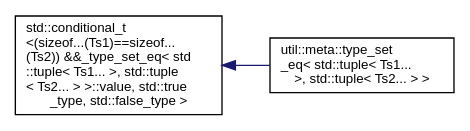
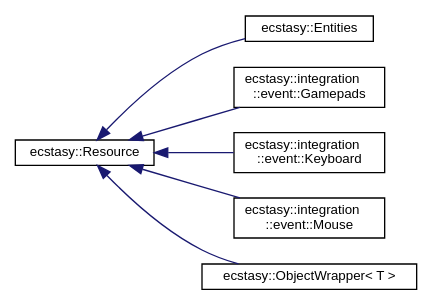
One commit to AndreasLrx/ecstasy changed the diagram in inherit_graph_44.dot. Above: the diagram before and after it, drawn with Graphviz. The commit also changed 469 other files, not shown here.

```diff
--- a/inherit_graph_44.dot
+++ b/inherit_graph_44.dot
@@ -1,10 +1,18 @@
 digraph "Graphical Class Hierarchy"
 {
  // LATEX_PDF_SIZE
   edge [fontname="Helvetica",fontsize="10",labelfontname="Helvetica",labelfontsize="10"];
   node [fontname="Helvetica",fontsize="10",shape=record];
   rankdir="LR";
-  Node0 [label="std::conditional_t\l\<(sizeof...(Ts1)==sizeof...\l(Ts2)) &&_type_set_eq\< std\l::tuple\< Ts1... \>, std::tuple\l\< Ts2... \> \>::value, std::true\l_type, std::false_type \>",height=0.2,width=0.4,color="black", fillcolor="white", style="filled",URL="/home/runner/work/ecstasy/ecstasy/doc/external/cppreference-doxygen-web.tag.xml$cpp/types/conditional.html",tooltip=" "];
+  Node0 [label="ecstasy::Resource",height=0.2,width=0.4,color="black", fillcolor="white", style="filled",URL="$classecstasy_1_1_resource.html",tooltip="Base class of all registry resources."];
   Node0 -> Node1 [dir="back",color="midnightblue",fontsize="10",style="solid",fontname="Helvetica"];
-  Node1 [label="util::meta::type_set\l_eq\< std::tuple\< Ts1...\l \>, std::tuple\< Ts2... \> \>",height=0.2,width=0.4,color="black", fillcolor="white", style="filled",URL="$structutil_1_1meta_1_1type__set__eq_3_01std_1_1tuple_3_01_ts1_8_8_8_01_4_00_01std_1_1tuple_3_01_ts2_8_8_8_01_4_01_4.html",tooltip=" "];
+  Node1 [label="ecstasy::Entities",height=0.2,width=0.4,color="black", fillcolor="white", style="filled",URL="$classecstasy_1_1_entities.html",tooltip="Resource holding all the Registry entities."];
+  Node0 -> Node2 [dir="back",color="midnightblue",fontsize="10",style="solid",fontname="Helvetica"];
+  Node2 [label="ecstasy::integration\l::event::Gamepads",height=0.2,width=0.4,color="black", fillcolor="white", style="filled",URL="$classecstasy_1_1integration_1_1event_1_1_gamepads.html",tooltip="Current Gamepads states."];
+  Node0 -> Node3 [dir="back",color="midnightblue",fontsize="10",style="solid",fontname="Helvetica"];
+  Node3 [label="ecstasy::integration\l::event::Keyboard",height=0.2,width=0.4,color="black", fillcolor="white", style="filled",URL="$classecstasy_1_1integration_1_1event_1_1_keyboard.html",tooltip="Current Keyboard state."];
+  Node0 -> Node4 [dir="back",color="midnightblue",fontsize="10",style="solid",fontname="Helvetica"];
+  Node4 [label="ecstasy::integration\l::event::Mouse",height=0.2,width=0.4,color="black", fillcolor="white", style="filled",URL="$classecstasy_1_1integration_1_1event_1_1_mouse.html",tooltip="Current mouse state."];
+  Node0 -> Node5 [dir="back",color="midnightblue",fontsize="10",style="solid",fontname="Helvetica"];
+  Node5 [label="ecstasy::ObjectWrapper\< T \>",height=0.2,width=0.4,color="black", fillcolor="white", style="filled",URL="$classecstasy_1_1_object_wrapper.html",tooltip="Basic object wrapper as a resource."];
 }
```
